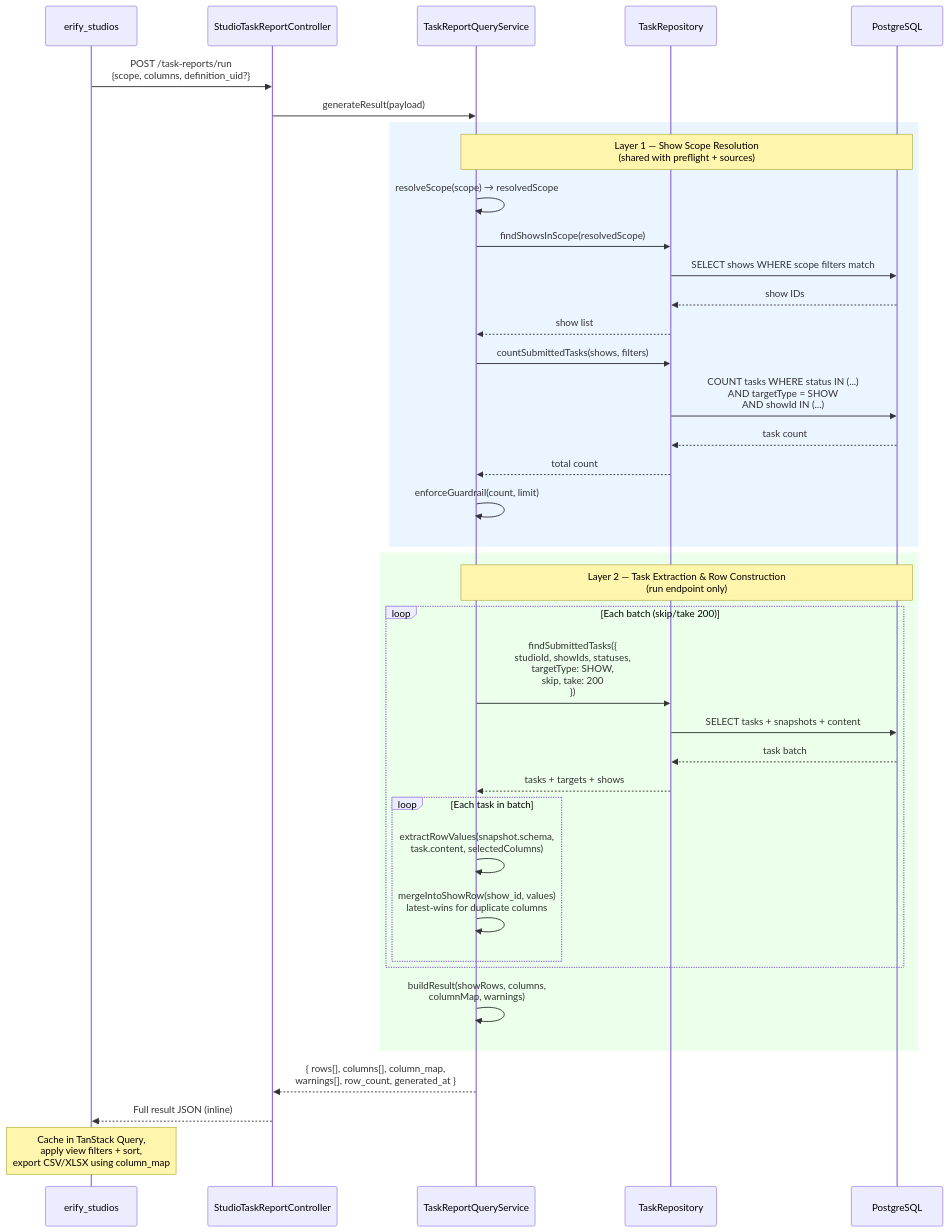
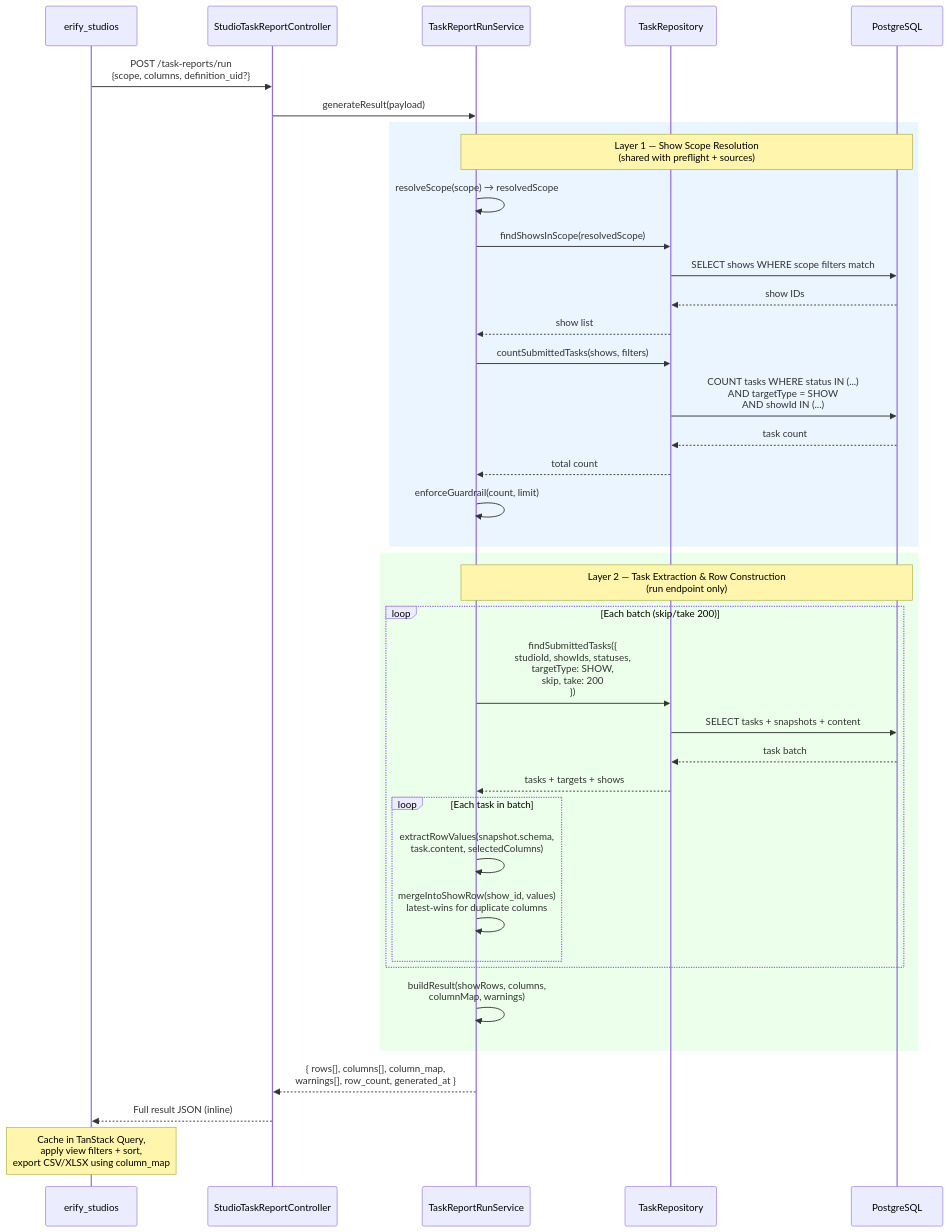
The third of 4 diagrams in apps/erify_api/docs/design/TASK_SUBMISSION_REPORTING_DESIGN.md (allenlin90/eridu-services), drawn with Mermaid before and after one commit. The commit also changed other lines of this file and 9 other files, not shown here.

````diff
--- a/apps/erify_api/docs/design/TASK_SUBMISSION_REPORTING_DESIGN.md
+++ b/apps/erify_api/docs/design/TASK_SUBMISSION_REPORTING_DESIGN.md
@@ -758,46 +758,46 @@
 ```mermaid
 sequenceDiagram
     participant FE as erify_studios
     participant Ctrl as StudioTaskReportController
-    participant QS as TaskReportQueryService
+    participant QS as TaskReportRunService
     participant Repo as TaskRepository
     participant DB as PostgreSQL
 
     FE->>Ctrl: POST /task-reports/run<br/>{scope, columns, definition_uid?}
     Ctrl->>QS: generateResult(payload)
 
     rect rgb(235, 245, 255)
         Note over QS,DB: Layer 1 — Show Scope Resolution<br/>(shared with preflight + sources)
         QS->>QS: resolveScope(scope) → resolvedScope
         QS->>Repo: findShowsInScope(resolvedScope)
         Repo->>DB: SELECT shows WHERE scope filters match
         DB-->>Repo: show IDs
         Repo-->>QS: show list
         QS->>Repo: countSubmittedTasks(shows, filters)
         Repo->>DB: COUNT tasks WHERE status IN (...)<br/>AND targetType = SHOW<br/>AND showId IN (...)
         DB-->>Repo: task count
         Repo-->>QS: total count
         QS->>QS: enforceGuardrail(count, limit)
     end
 
     rect rgb(235, 255, 235)
         Note over QS,DB: Layer 2 — Task Extraction & Row Construction<br/>(run endpoint only)
         loop Each batch (skip/take 200)
             QS->>Repo: findSubmittedTasks({<br/>  studioId, showIds, statuses,<br/>  targetType: SHOW,<br/>  skip, take: 200<br/>})
             Repo->>DB: SELECT tasks + snapshots + content
             DB-->>Repo: task batch
             Repo-->>QS: tasks + targets + shows
 
             loop Each task in batch
                 QS->>QS: extractRowValues(snapshot.schema,<br/>task.content, selectedColumns)
                 QS->>QS: mergeIntoShowRow(show_id, values)<br/>latest-wins for duplicate columns
             end
         end
 
         QS->>QS: buildResult(showRows, columns,<br/>columnMap, warnings)
     end
 
     QS-->>Ctrl: { rows[], columns[], column_map,<br/>warnings[], row_count, generated_at }
     Ctrl-->>FE: Full result JSON (inline)
     Note over FE: Cache in TanStack Query,<br/>apply view filters + sort,<br/>export CSV/XLSX using column_map
 ```
````
